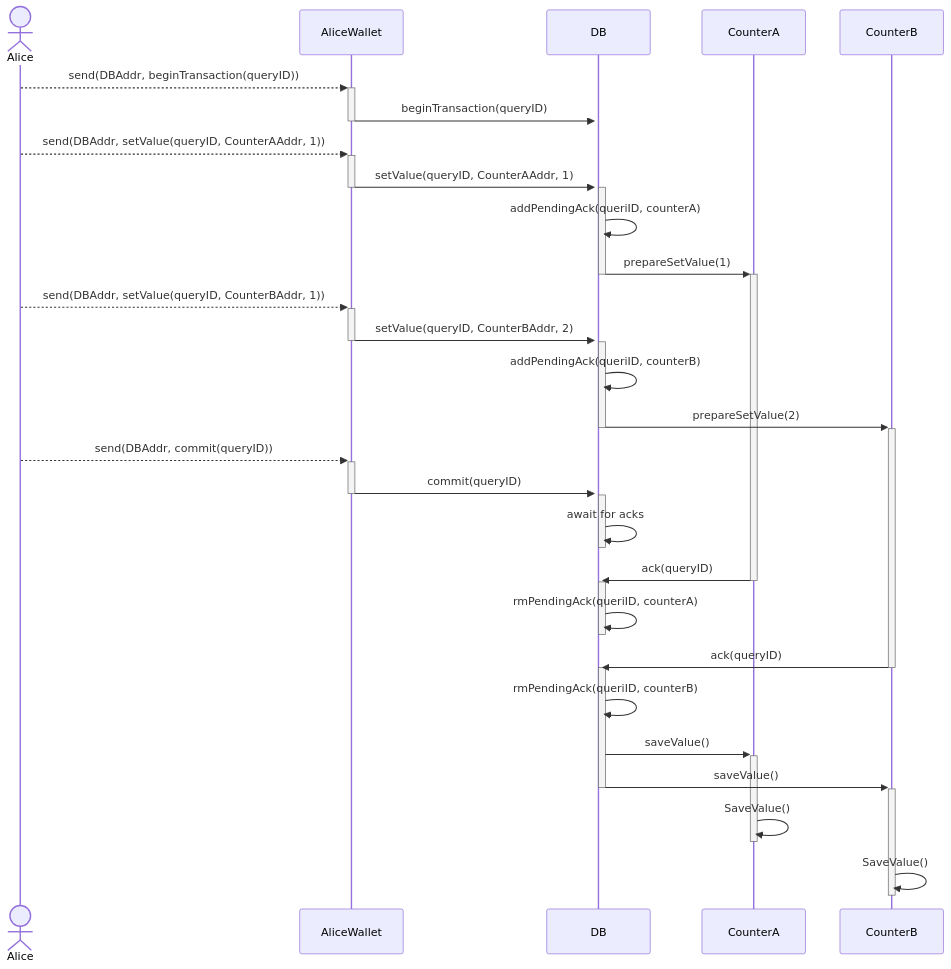
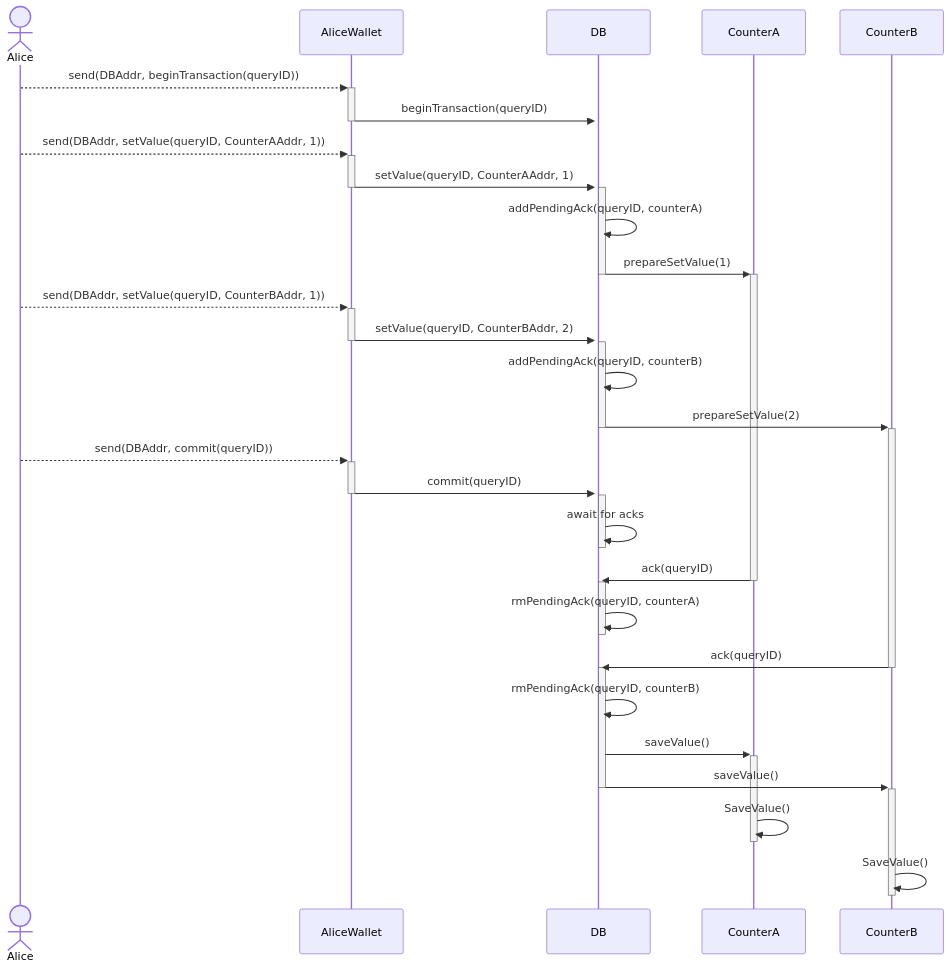
One commit to smartcontractkit/chainlink-ton changed the sixth of 6 diagrams in contracts/README.md. Above: the diagram before and after it, drawn with Mermaid. The commit also changed 6 other files, not shown here.

````diff
--- a/contracts/README.md
+++ b/contracts/README.md
@@ -137,36 +137,36 @@
 ```mermaid
 sequenceDiagram
     actor Alice
     Alice-->>+AliceWallet: send(DBAddr, beginTransaction(queryID))
     AliceWallet->>+DB: beginTransaction(queryID)
     deactivate AliceWallet
     Alice-->>+AliceWallet: send(DBAddr, setValue(queryID, CounterAAddr, 1))
     AliceWallet->>+DB: setValue(queryID, CounterAAddr, 1)
     deactivate AliceWallet
-    DB->>DB: addPendingAck(queriID, counterA)
+    DB->>DB: addPendingAck(queryID, counterA)
     DB->>+CounterA: prepareSetValue(1)
     deactivate DB
     Alice-->>+AliceWallet: send(DBAddr, setValue(queryID, CounterBAddr, 1))
     AliceWallet->>+DB: setValue(queryID, CounterBAddr, 2)
     deactivate AliceWallet
-    DB->>DB: addPendingAck(queriID, counterB)
+    DB->>DB: addPendingAck(queryID, counterB)
     DB->>+CounterB: prepareSetValue(2)
     deactivate DB
     Alice-->>+AliceWallet: send(DBAddr, commit(queryID))
     AliceWallet->>+DB: commit(queryID)
     deactivate AliceWallet
     DB->>DB: await for acks
     deactivate DB
     CounterA->>+DB: ack(queryID)
     deactivate CounterA
-    DB->>DB: rmPendingAck(queriID, counterA)
+    DB->>DB: rmPendingAck(queryID, counterA)
     deactivate DB
     CounterB->>+DB: ack(queryID)
     deactivate CounterB
-    DB->>DB: rmPendingAck(queriID, counterB)
+    DB->>DB: rmPendingAck(queryID, counterB)
     DB->>+CounterA: saveValue()
     DB->>+CounterB: saveValue()
     deactivate DB
     CounterA->>-CounterA:SaveValue()
     CounterB->>-CounterB:SaveValue()
 ```
````
